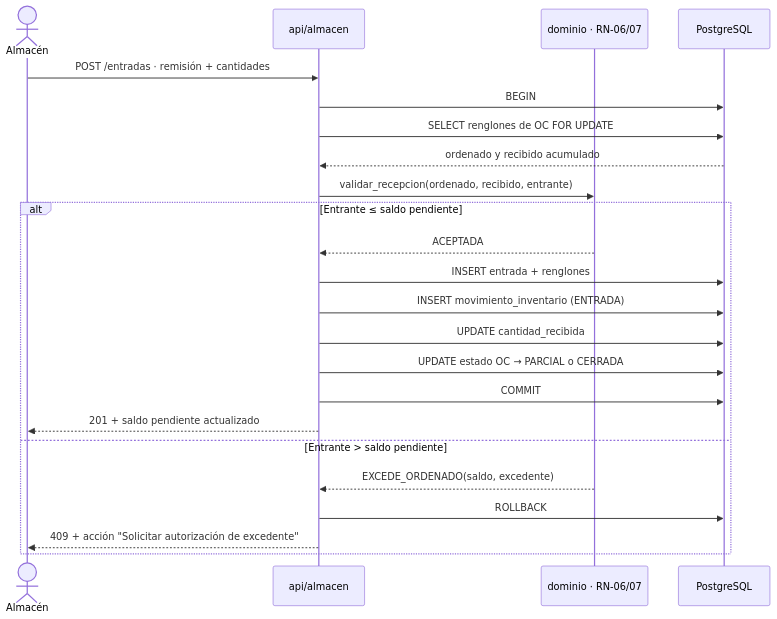
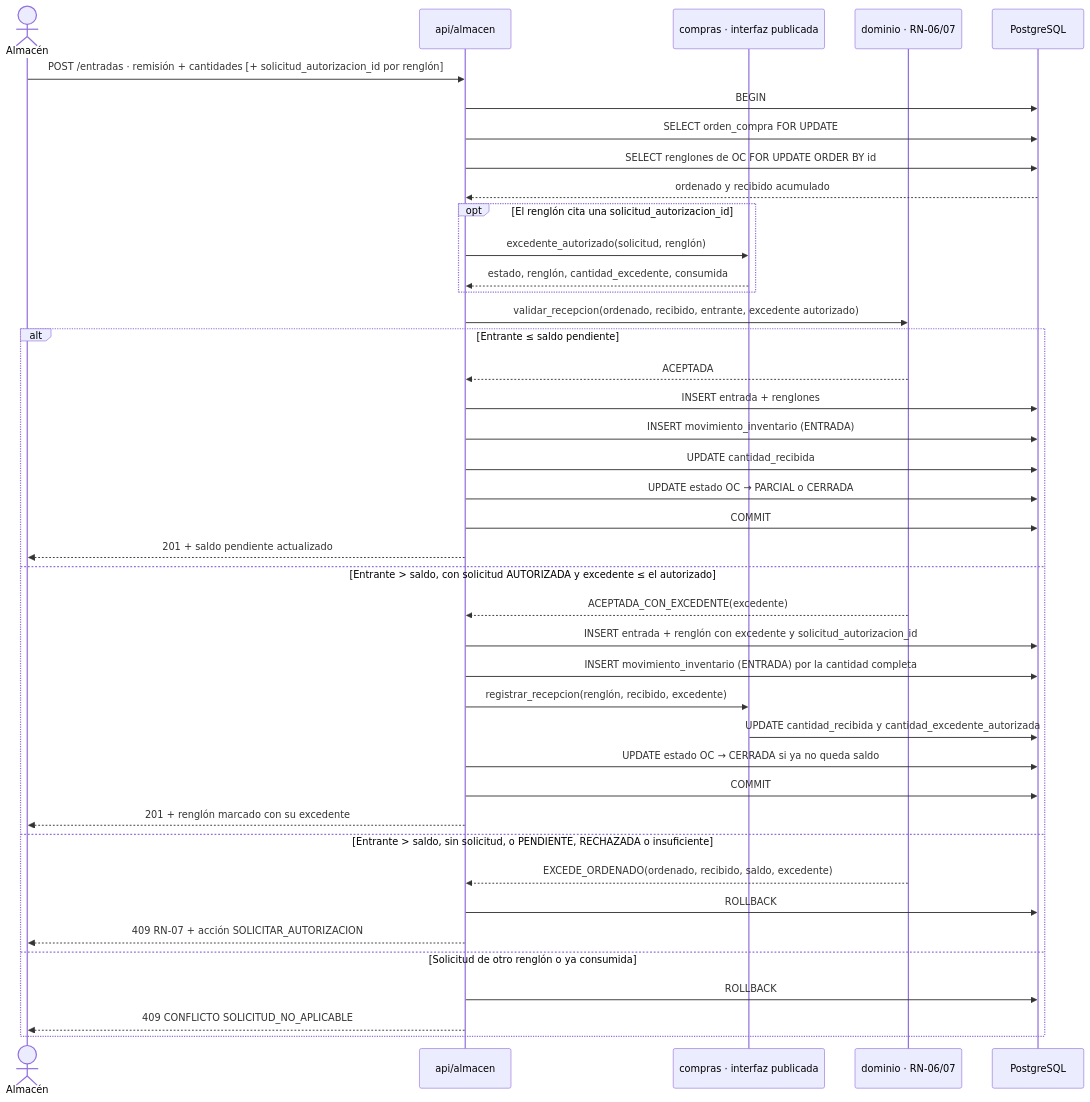
Before and after one commit to FranciscoRodSilva/IA4Devs-Proyecto-Final: the fifth of 7 diagrams in docs/02-arquitectura.md, drawn with Mermaid. The commit also changed other lines of this file and 22 other files, not shown here.

````diff
--- a/docs/02-arquitectura.md
+++ b/docs/02-arquitectura.md
@@ -430,27 +456,45 @@
 ```mermaid
 sequenceDiagram
     actor U as Almacén
     participant API as api/almacen
+    participant CMP as compras · interfaz publicada
     participant DOM as dominio · RN-06/07
     participant DB as PostgreSQL
 
-    U->>API: POST /entradas · remisión + cantidades
+    U->>API: POST /entradas · remisión + cantidades [+ solicitud_autorizacion_id por renglón]
     API->>DB: BEGIN
-    API->>DB: SELECT renglones de OC FOR UPDATE
+    API->>DB: SELECT orden_compra FOR UPDATE
+    API->>DB: SELECT renglones de OC FOR UPDATE ORDER BY id
     DB-->>API: ordenado y recibido acumulado
-    API->>DOM: validar_recepcion(ordenado, recibido, entrante)
+    opt El renglón cita una solicitud_autorizacion_id
+        API->>CMP: excedente_autorizado(solicitud, renglón)
+        CMP-->>API: estado, renglón, cantidad_excedente, consumida
+    end
+    API->>DOM: validar_recepcion(ordenado, recibido, entrante, excedente autorizado)
 
     alt Entrante ≤ saldo pendiente
         DOM-->>API: ACEPTADA
         API->>DB: INSERT entrada + renglones
         API->>DB: INSERT movimiento_inventario (ENTRADA)
         API->>DB: UPDATE cantidad_recibida
         API->>DB: UPDATE estado OC → PARCIAL o CERRADA
         API->>DB: COMMIT
         API-->>U: 201 + saldo pendiente actualizado
-    else Entrante > saldo pendiente
-        DOM-->>API: EXCEDE_ORDENADO(saldo, excedente)
+    else Entrante > saldo, con solicitud AUTORIZADA y excedente ≤ el autorizado
+        DOM-->>API: ACEPTADA_CON_EXCEDENTE(excedente)
+        API->>DB: INSERT entrada + renglón con excedente y solicitud_autorizacion_id
+        API->>DB: INSERT movimiento_inventario (ENTRADA) por la cantidad completa
+        API->>CMP: registrar_recepcion(renglón, recibido, excedente)
+        CMP->>DB: UPDATE cantidad_recibida y cantidad_excedente_autorizada
+        API->>DB: UPDATE estado OC → CERRADA si ya no queda saldo
+        API->>DB: COMMIT
+        API-->>U: 201 + renglón marcado con su excedente
+    else Entrante > saldo, sin solicitud, o PENDIENTE, RECHAZADA o insuficiente
+        DOM-->>API: EXCEDE_ORDENADO(ordenado, recibido, saldo, excedente)
         API->>DB: ROLLBACK
-        API-->>U: 409 + acción "Solicitar autorización de excedente"
+        API-->>U: 409 RN-07 + acción SOLICITAR_AUTORIZACION
+    else Solicitud de otro renglón o ya consumida
+        API->>DB: ROLLBACK
+        API-->>U: 409 CONFLICTO SOLICITUD_NO_APLICABLE
     end
 ```
````
